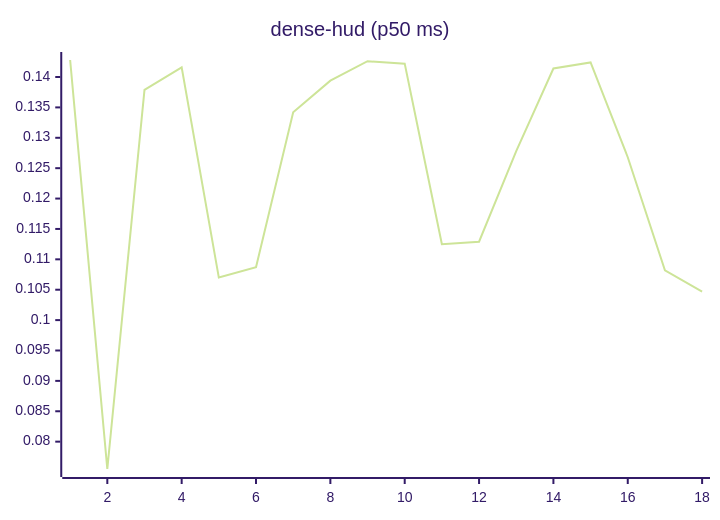
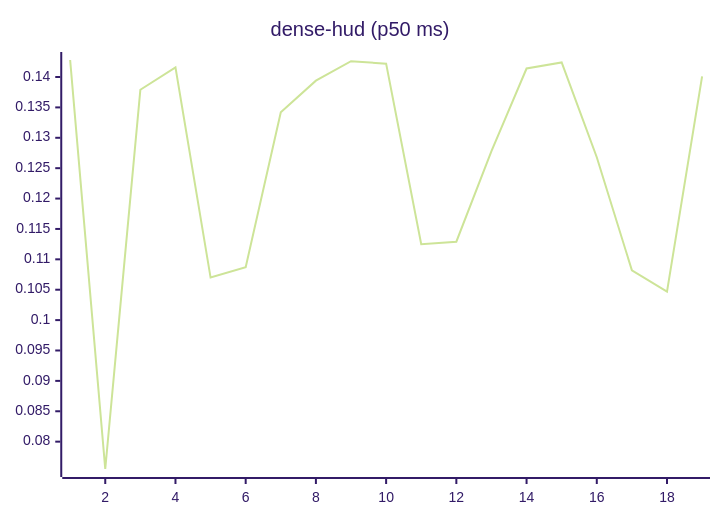
One commit to josha/Facet changed the eighth of 27 diagrams in README.md. Above: the diagram before and after it, drawn with Mermaid (forest theme). The commit also changed other lines of this file and 2 other files, not shown here.

````diff
--- a/README.md
+++ b/README.md
@@ -112,6 +112,6 @@
 ```mermaid
 xychart-beta
     title "dense-hud (p50 ms)"
-    x-axis 1 --> 18
-    line [0.1428, 0.0755, 0.1379, 0.1416, 0.1070, 0.1087, 0.1342, 0.1394, 0.1426, 0.1422, 0.1125, 0.1129, 0.1278, 0.1414, 0.1424, 0.1268, 0.1082, 0.1047]
+    x-axis 1 --> 19
+    line [0.1428, 0.0755, 0.1379, 0.1416, 0.1070, 0.1087, 0.1342, 0.1394, 0.1426, 0.1422, 0.1125, 0.1129, 0.1278, 0.1414, 0.1424, 0.1268, 0.1082, 0.1047, 0.1401]
 ```
````
